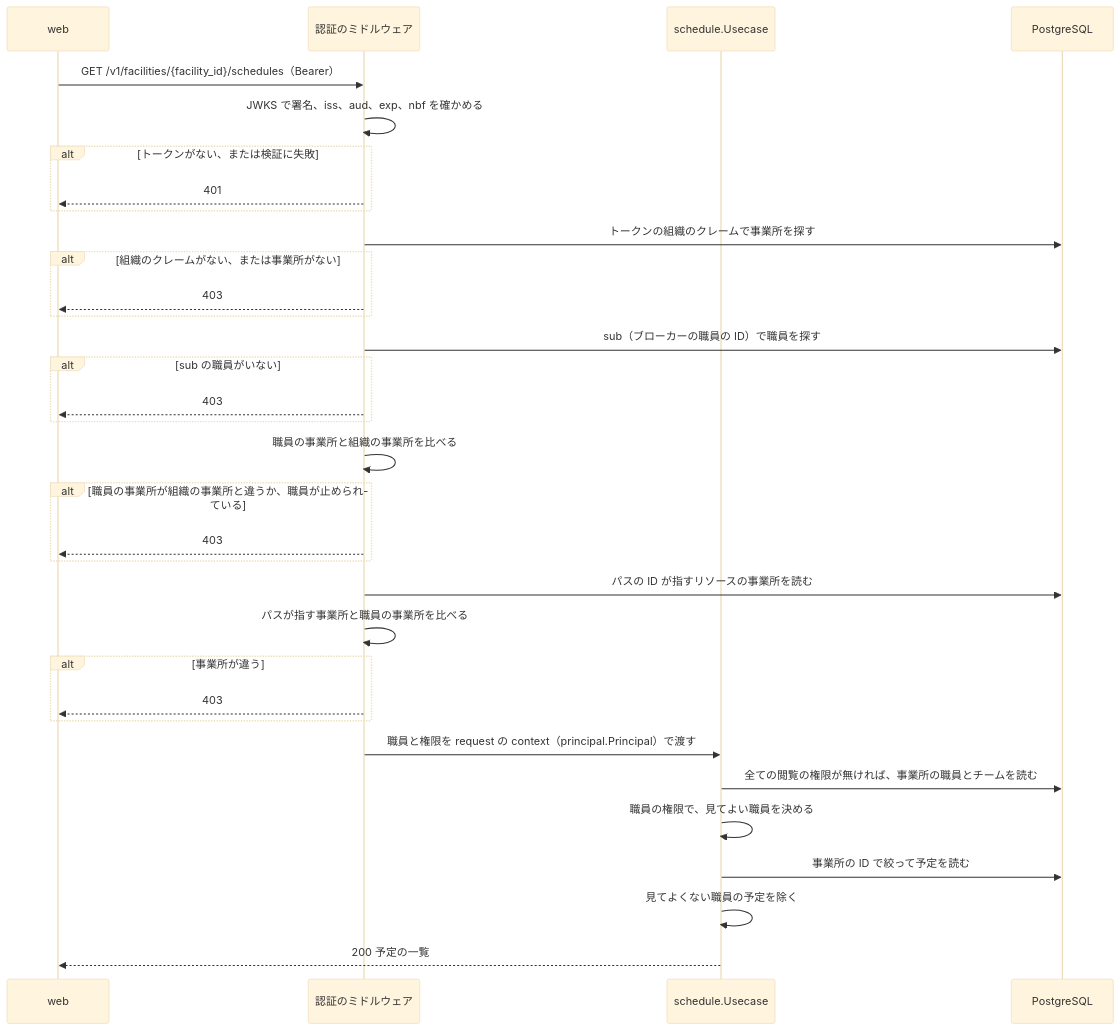
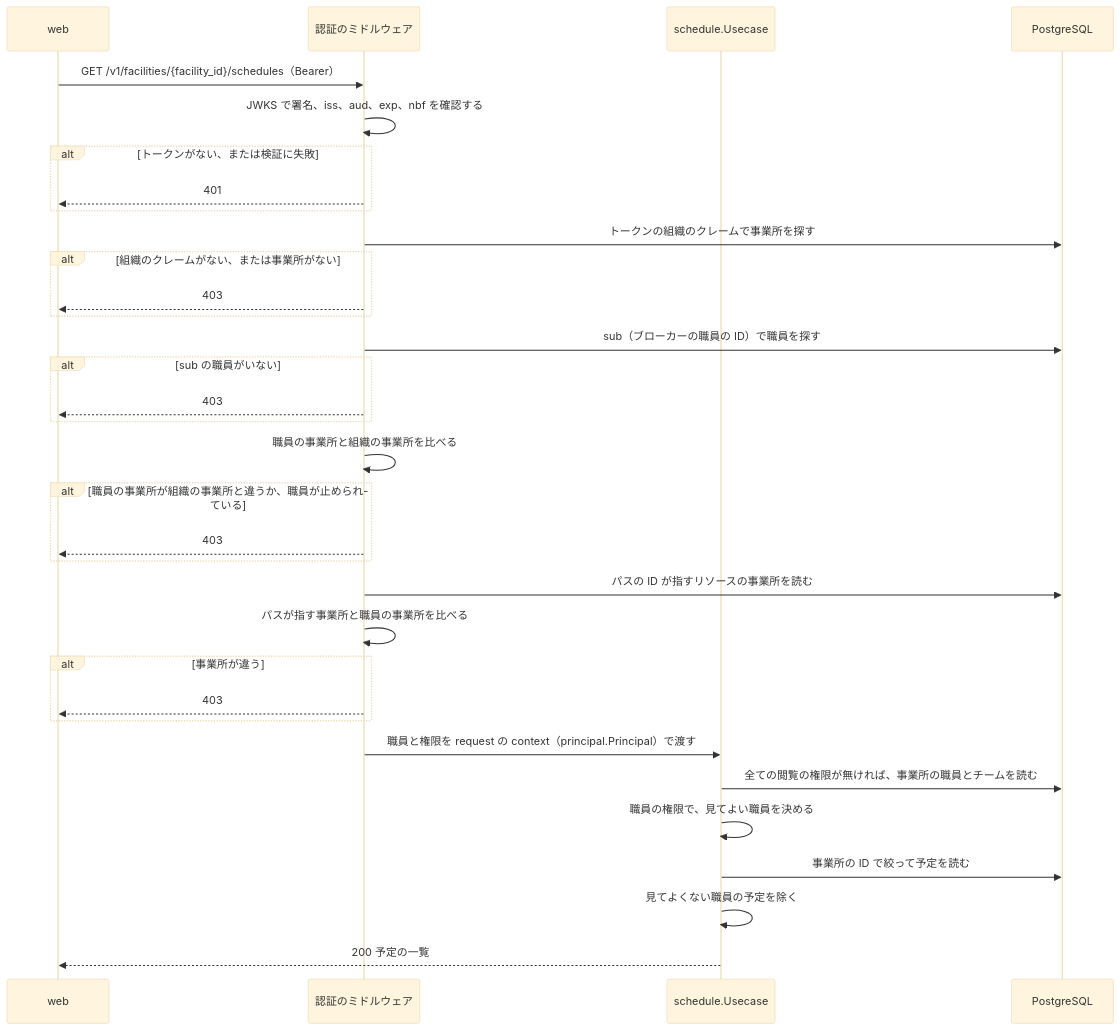
The second of 6 diagrams in services/schedule/DesignDoc.md (Fukuemon/buddy), drawn with Mermaid (base theme) before and after one commit. The commit also changed other lines of this file and 46 other files, not shown here.

````diff
--- a/services/schedule/DesignDoc.md
+++ b/services/schedule/DesignDoc.md
@@ -177,36 +177,36 @@
 ```mermaid
 sequenceDiagram
   participant W as web
   participant M as 認証のミドルウェア
   participant U as schedule.Usecase
   participant DB as PostgreSQL
 
   W->>M: GET /v1/facilities/{facility_id}/schedules（Bearer）
-  M->>M: JWKS で署名、iss、aud、exp、nbf を確かめる
+  M->>M: JWKS で署名、iss、aud、exp、nbf を確認する
   alt トークンがない、または検証に失敗
     M-->>W: 401
   end
   M->>DB: トークンの組織のクレームで事業所を探す
   alt 組織のクレームがない、または事業所がない
     M-->>W: 403
   end
   M->>DB: sub（ブローカーの職員の ID）で職員を探す
   alt sub の職員がいない
     M-->>W: 403
   end
   M->>M: 職員の事業所と組織の事業所を比べる
   alt 職員の事業所が組織の事業所と違うか、職員が止められている
     M-->>W: 403
   end
   M->>DB: パスの ID が指すリソースの事業所を読む
   M->>M: パスが指す事業所と職員の事業所を比べる
   alt 事業所が違う
     M-->>W: 403
   end
   M->>U: 職員と権限を request の context（principal.Principal）で渡す
   U->>DB: 全ての閲覧の権限が無ければ、事業所の職員とチームを読む
   U->>U: 職員の権限で、見てよい職員を決める
   U->>DB: 事業所の ID で絞って予定を読む
   U->>U: 見てよくない職員の予定を除く
   U-->>W: 200 予定の一覧
 ```
````
